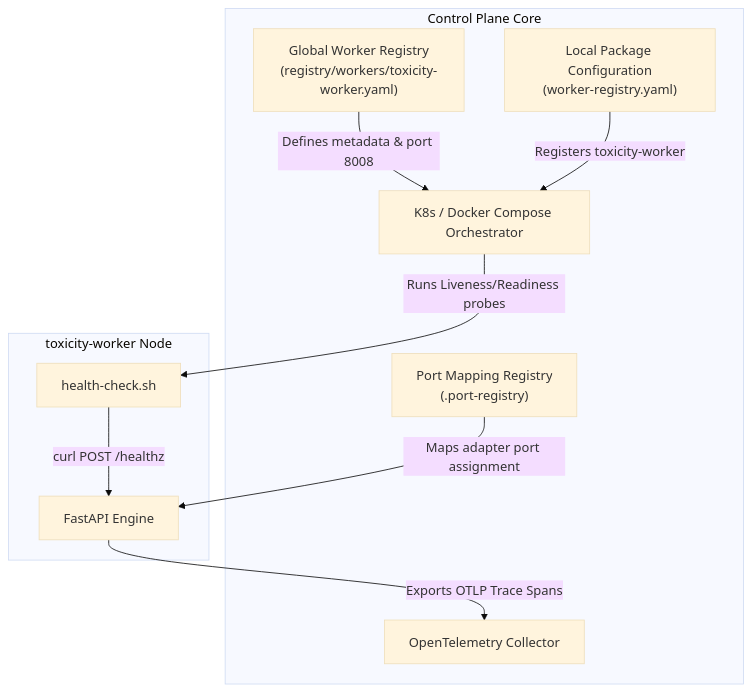
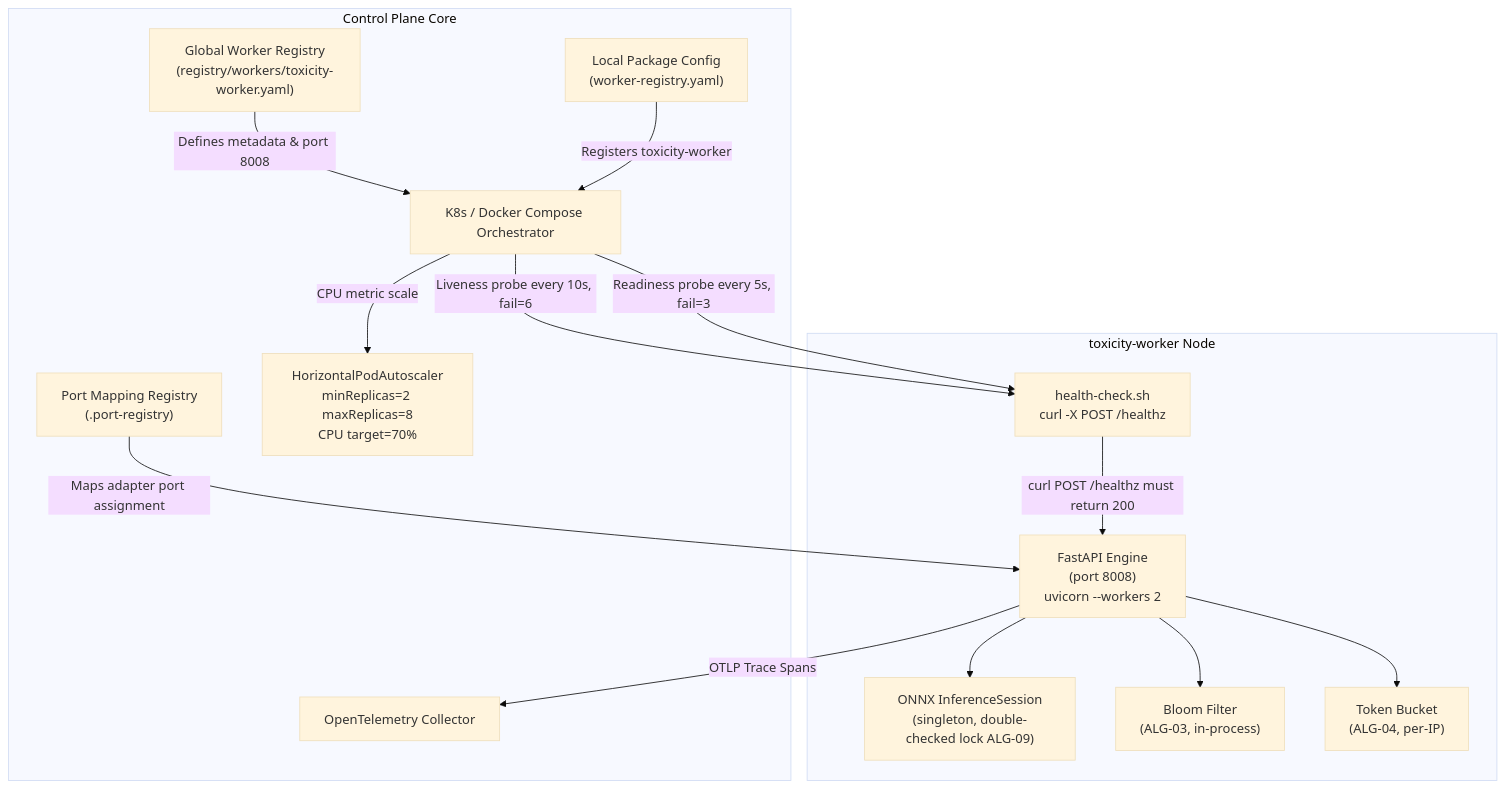
Before and after one commit to Chief-Strategist-J/llm-observability-platform: the first of 6 diagrams in docs/adr/0001-toxicity-worker-decoupling.md, drawn with Mermaid (base theme). The commit also changed other lines of this file and 29 other files, not shown here.

````diff
--- a/docs/adr/0001-toxicity-worker-decoupling.md
+++ b/docs/adr/0001-toxicity-worker-decoupling.md
@@ -20,22 +91,31 @@
 ```mermaid
 graph TD
     subgraph Control Plane Core
-        GlobalRegistry["Global Worker Registry<br/>(registry/workers/toxicity-worker.yaml)"]
-        LocalRegistry["Local Package Configuration<br/>(worker-registry.yaml)"]
-        PortRegistry["Port Mapping Registry<br/>(.port-registry)"]
+        GlobalRegistry["Global Worker Registry\n(registry/workers/toxicity-worker.yaml)"]
+        LocalRegistry["Local Package Config\n(worker-registry.yaml)"]
+        PortRegistry["Port Mapping Registry\n(.port-registry)"]
         K8sController["K8s / Docker Compose Orchestrator"]
         OTelCollector["OpenTelemetry Collector"]
+        HPA["HorizontalPodAutoscaler\nminReplicas=2 maxReplicas=8\nCPU target=70%"]
     end
 
     subgraph toxicity-worker Node
-        HealthScript["health-check.sh"]
-        FastAPI_App["FastAPI Engine"]
+        HealthScript["health-check.sh\ncurl -X POST /healthz"]
+        FastAPI_App["FastAPI Engine\n(port 8008)\nuvicorn --workers 2"]
+        ONNXSession["ONNX InferenceSession\n(singleton, double-checked lock ALG-09)"]
+        BloomFilter["Bloom Filter\n(ALG-03, in-process)"]
+        TokenBucket["Token Bucket\n(ALG-04, per-IP)"]
     end
 
     GlobalRegistry -->|Defines metadata & port 8008| K8sController
     LocalRegistry -->|Registers toxicity-worker| K8sController
     PortRegistry -->|Maps adapter port assignment| FastAPI_App
-    K8sController -->|Runs Liveness/Readiness probes| HealthScript
-    HealthScript -->|curl POST /healthz| FastAPI_App
-    FastAPI_App -->|Exports OTLP Trace Spans| OTelCollector
+    K8sController -->|Liveness probe every 10s, fail=6| HealthScript
+    K8sController -->|Readiness probe every 5s, fail=3| HealthScript
+    K8sController -->|CPU metric scale| HPA
+    HealthScript -->|curl POST /healthz must return 200| FastAPI_App
+    FastAPI_App --> ONNXSession
+    FastAPI_App --> BloomFilter
+    FastAPI_App --> TokenBucket
+    FastAPI_App -->|OTLP Trace Spans| OTelCollector
 ```
````
